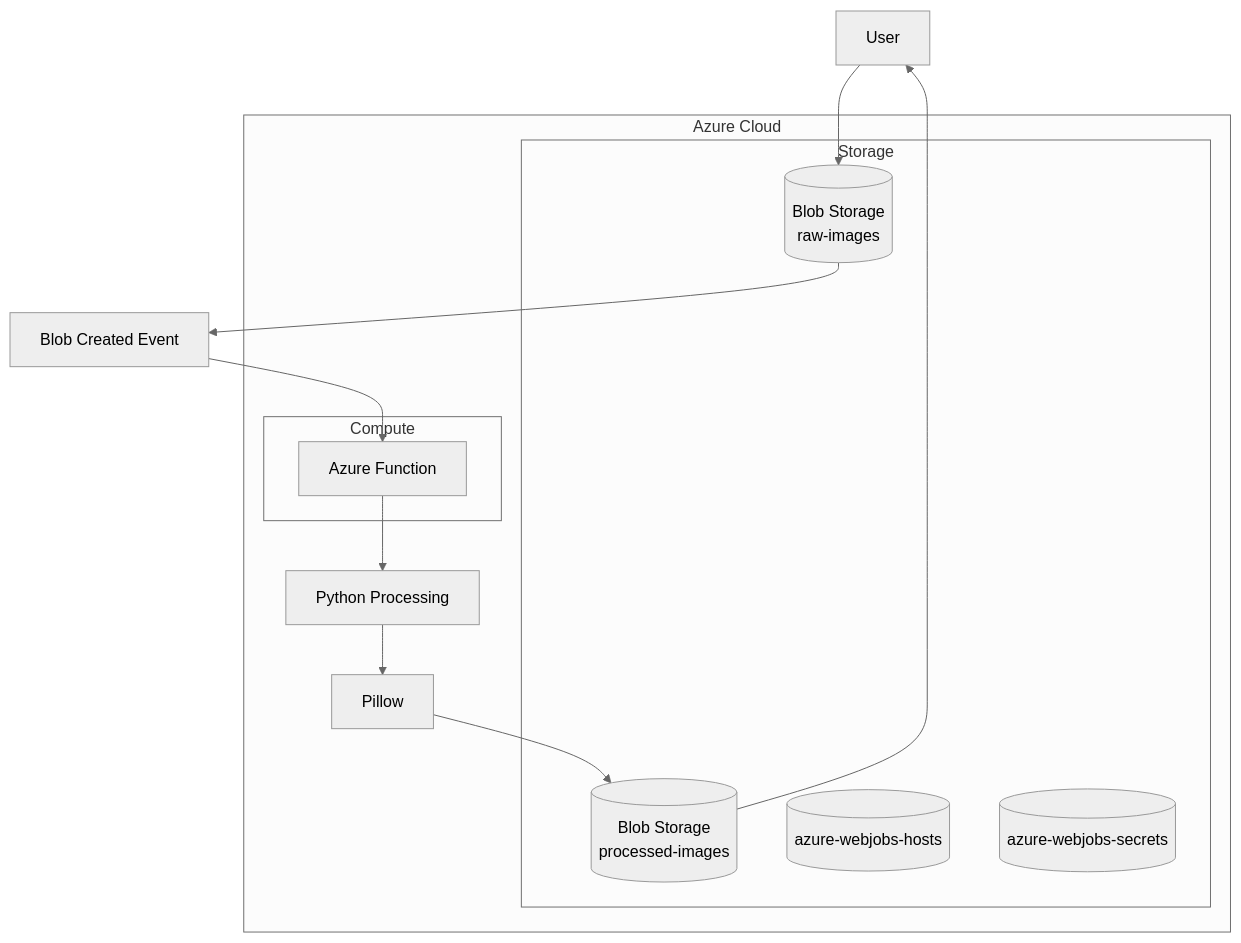
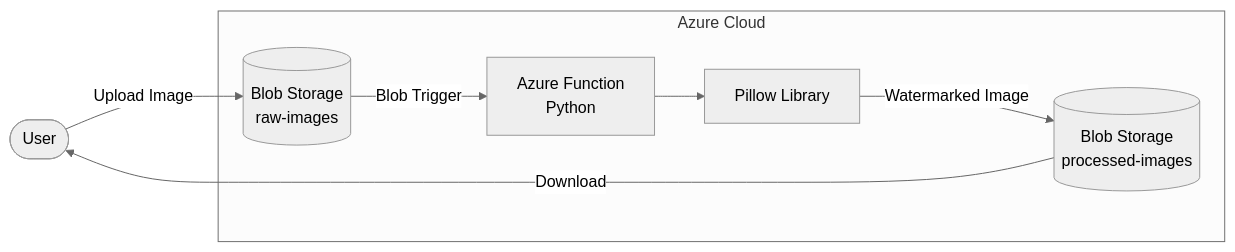
The diagram in README.md (RahulM2416/CloudImageProcessor), drawn with Mermaid (neutral theme) before and after one commit.

````diff
--- a/README.md
+++ b/README.md
@@ -1,36 +1,22 @@
 ```mermaid
-flowchart TD
+flowchart LR
 
-    USER[User]
+    USER([User])
 
-    USER --> RAW[(Blob Storage<br/>raw-images)]
+    USER -->|Upload Image| RAW[(Blob Storage<br/>raw-images)]
 
-    RAW --> EVENT[Blob Created Event]
+    RAW -->|Blob Trigger| FUNC[Azure Function<br/>Python]
 
-    EVENT --> FUNC[Azure Function]
+    FUNC --> PIL[Pillow Library]
 
-    FUNC --> CODE[Python Processing]
+    PIL -->|Watermarked Image| OUT[(Blob Storage<br/>processed-images)]
 
-    CODE --> PIL[Pillow]
-
-    PIL --> OUT[(Blob Storage<br/>processed-images)]
-
-    OUT --> USER
+    OUT -->|Download| USER
 
     subgraph Azure["Azure Cloud"]
-
-        subgraph Storage
-            RAW
-            OUT
-            HOSTS[(azure-webjobs-hosts)]
-            SECRETS[(azure-webjobs-secrets)]
-        end
-
-        subgraph Compute
-            FUNC
-        end
-
-        CODE
+        RAW
+        FUNC
         PIL
+        OUT
     end
 ```
````
